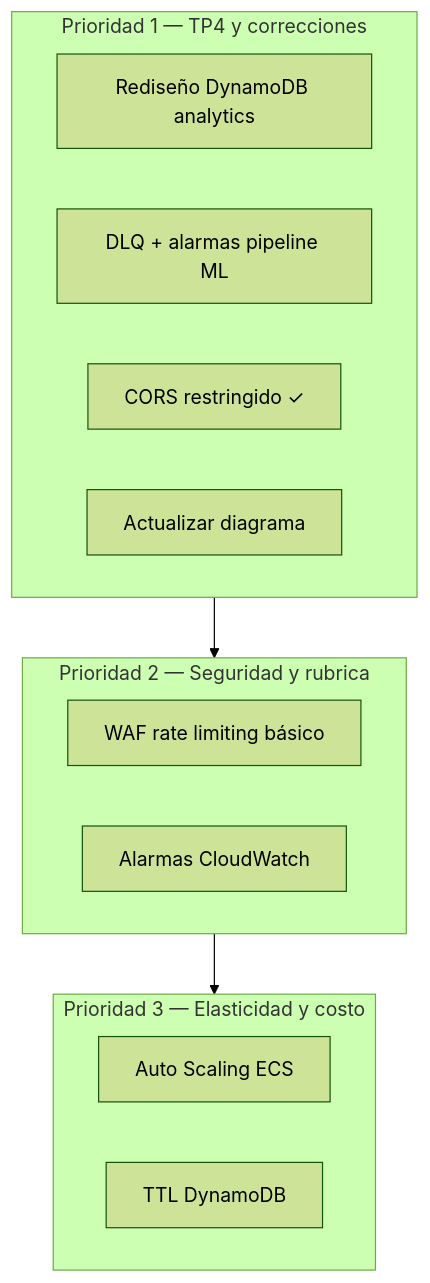
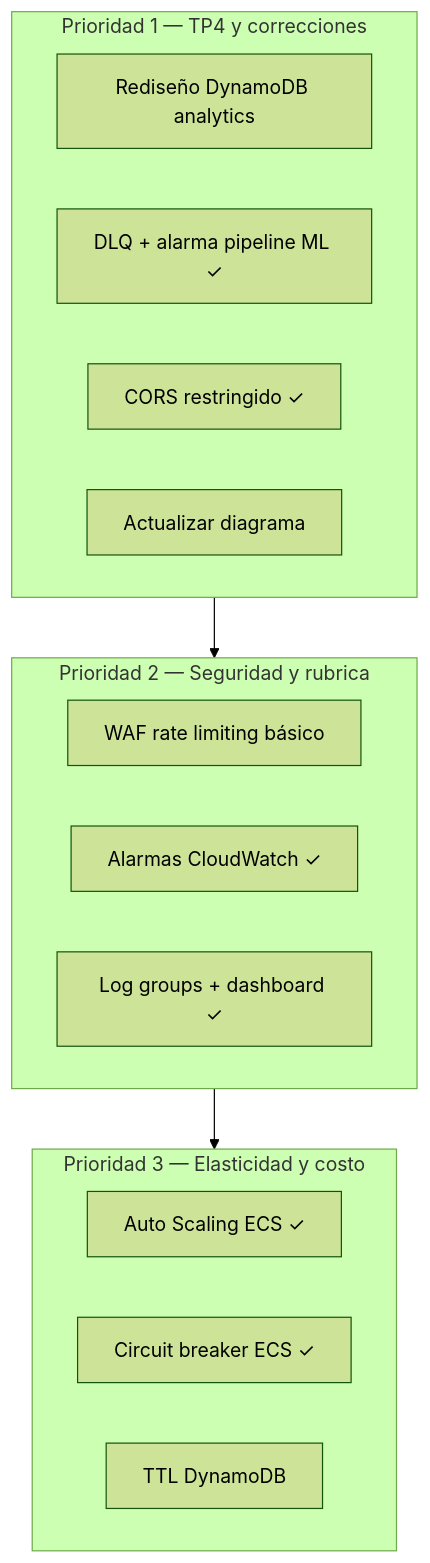
The diagram in docs/propuestas-mejoras.md (bernixtersuper/2026Q1-G3), drawn with Mermaid (forest theme) before and after one commit. The commit also changed other lines of this file and 11 other files, not shown here.

````diff
--- a/docs/propuestas-mejoras.md
+++ b/docs/propuestas-mejoras.md
@@ -23,18 +23,20 @@
 ```mermaid
 flowchart TB
   subgraph p1 [Prioridad 1 — TP4 y correcciones]
     A[Rediseño DynamoDB analytics]
-    B[DLQ + alarmas pipeline ML]
+    B[DLQ + alarma pipeline ML ✓]
     C[CORS restringido ✓]
     D[Actualizar diagrama]
   end
   subgraph p2 [Prioridad 2 — Seguridad y rubrica]
     F[WAF rate limiting básico]
-    G[Alarmas CloudWatch]
+    G[Alarmas CloudWatch ✓]
+    K[Log groups + dashboard ✓]
   end
   subgraph p3 [Prioridad 3 — Elasticidad y costo]
-    H[Auto Scaling ECS]
-    I[TTL DynamoDB]
+    H[Auto Scaling ECS ✓]
+    I[Circuit breaker ECS ✓]
+    J[TTL DynamoDB]
   end
   p1 --> p2 --> p3
 ```
````
